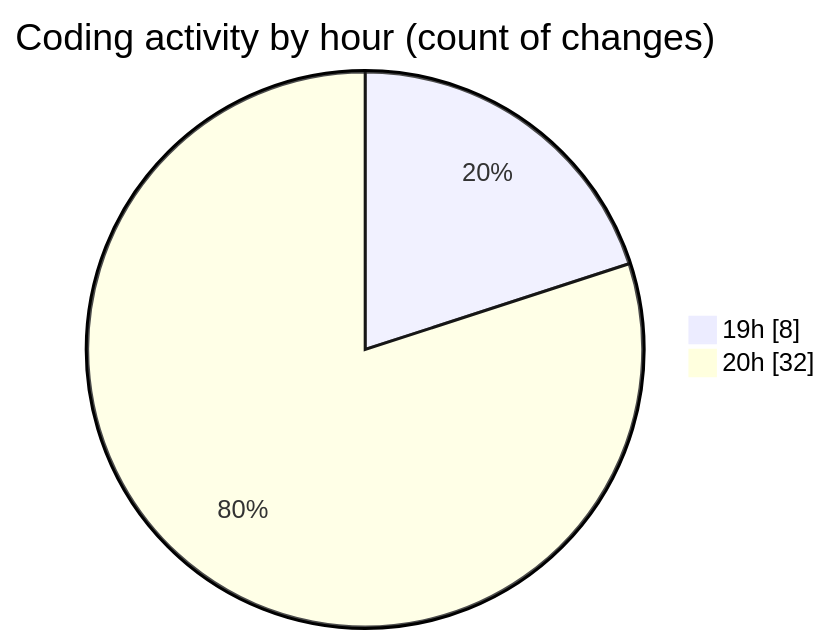
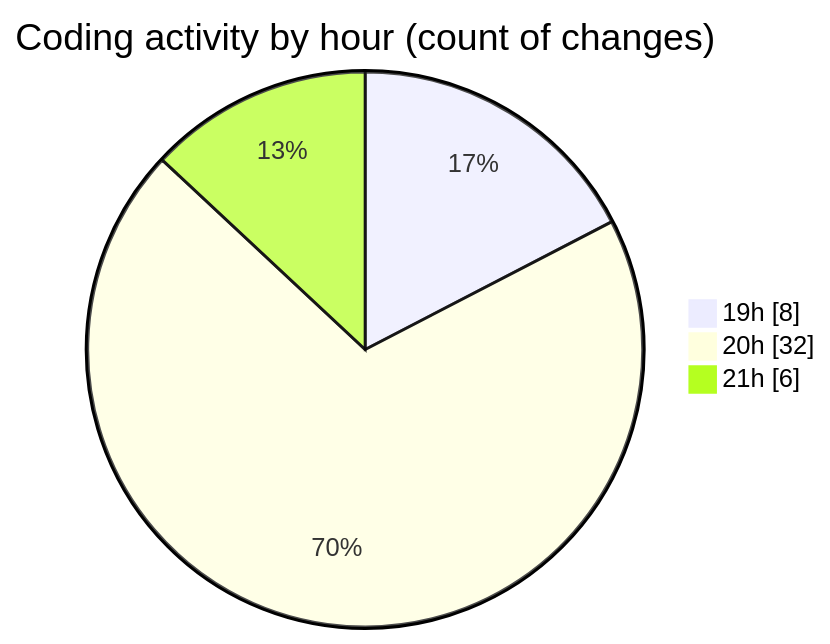
The second of 2 diagrams in 2025-05-27/ecom_store/README.md (Elitesun/code-tracking), drawn with Mermaid before and after one commit. The commit also changed other lines of this file and 1 other file, not shown here.

````diff
--- a/2025-05-27/ecom_store/README.md
+++ b/2025-05-27/ecom_store/README.md
@@ -44,6 +45,7 @@
 ```mermaid
 pie showData
 title Coding activity by hour (count of changes)
 "19h" : 8
 "20h" : 32
+"21h" : 6
 ```
````
